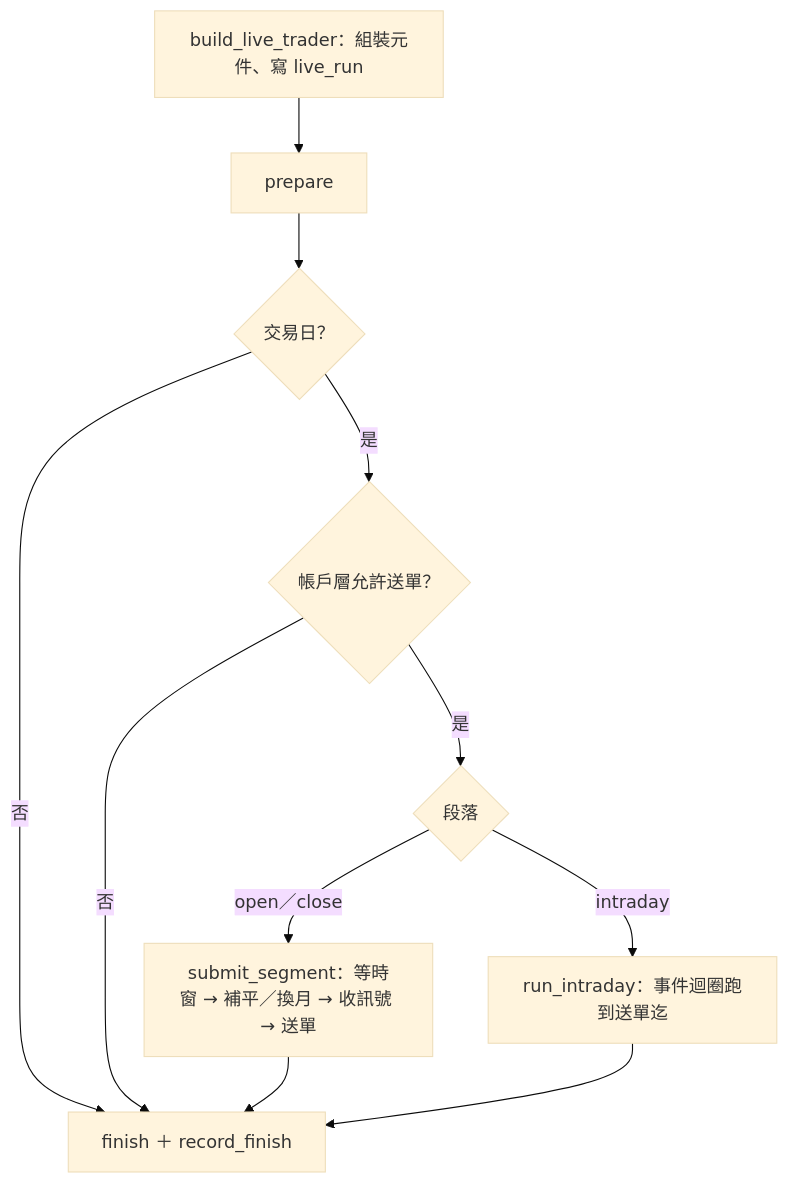
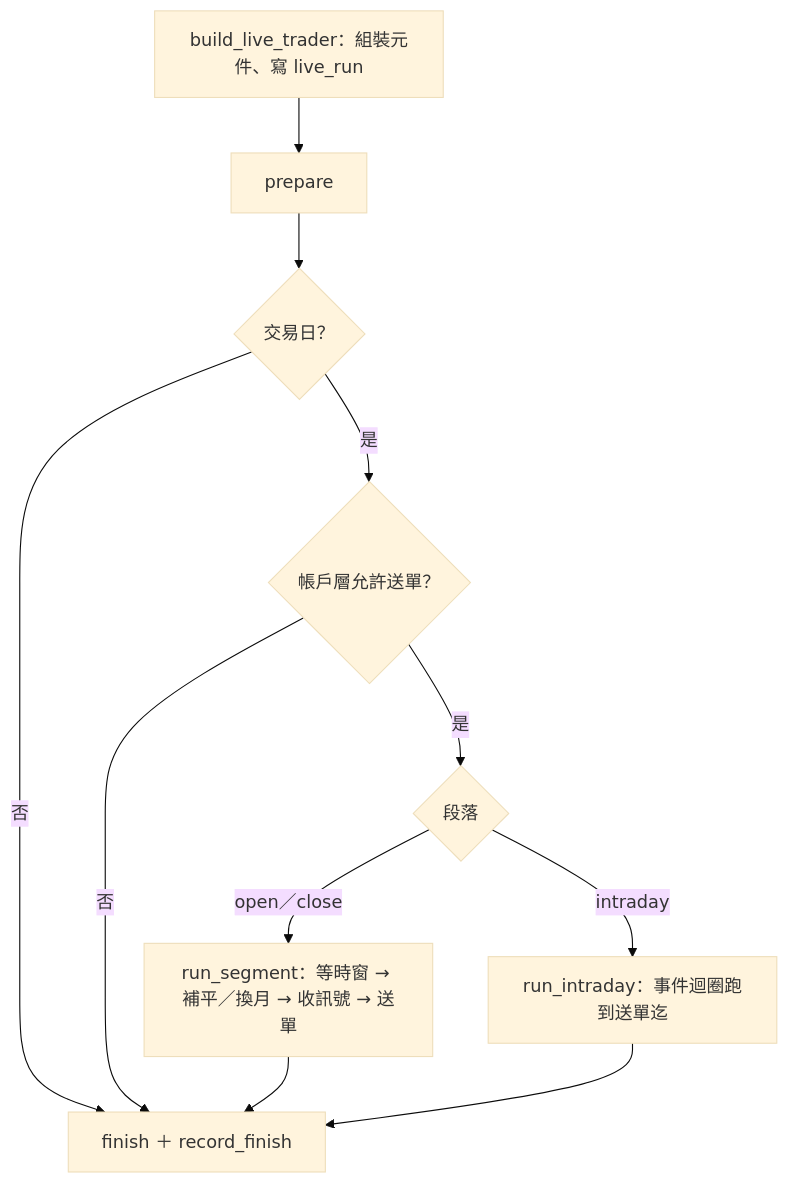
One commit to NYFund/alphaedge changed the diagram in docs/live/live-engine.md. Above: the diagram before and after it, drawn with Mermaid (base theme). The commit also changed other lines of this file and 4 other files, not shown here.

First line of the commit message:
refactor(live): LiveTrader.submit_segment 改名 run_segment

````diff
--- a/docs/live/live-engine.md
+++ b/docs/live/live-engine.md
@@ -95,13 +95,13 @@
 ```mermaid
 flowchart TD
     A[build_live_trader：組裝元件、寫 live_run] --> B[prepare]
     B --> C{交易日？}
     C -- 否 --> Z[finish ＋ record_finish]
     C -- 是 --> D{帳戶層允許送單？}
     D -- 否 --> Z
     D -- 是 --> E{段落}
-    E -- open／close --> F[submit_segment：等時窗 → 補平／換月 → 收訊號 → 送單]
+    E -- open／close --> F[run_segment：等時窗 → 補平／換月 → 收訊號 → 送單]
     E -- intraday --> G[run_intraday：事件迴圈跑到送單迄]
     F --> Z
     G --> Z
 ```
````
